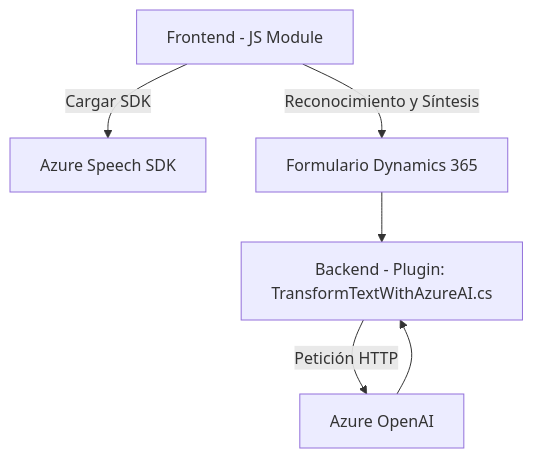
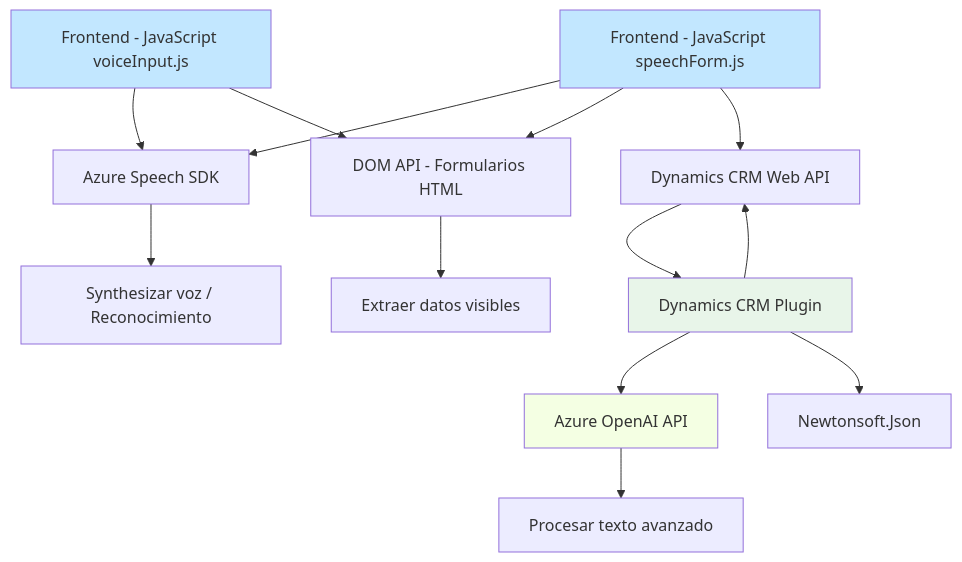
The diagram in README.md (blopezdm/NETCORE_BILBAO2025), drawn with Mermaid before and after one commit. The commit also changed other lines of this file, not shown here.

````diff
--- a/README.md
+++ b/README.md
@@ -35,8 +46,23 @@
 ```mermaid
 graph TD
-    A["Frontend - JS Module"] --> |Cargar SDK| B["Azure Speech SDK"]
-    A --> |Reconocimiento y Síntesis| C["Formulario Dynamics 365"]
-    C --> D["Backend - Plugin: TransformTextWithAzureAI.cs"]
-    D --> |Petición HTTP| E["Azure OpenAI"]
-    E --> D
+    A["Frontend - JavaScript voiceInput.js"] --> B["Azure Speech SDK"]
+    A --> C["DOM API - Formularios HTML"]
+    
+    D["Frontend - JavaScript speechForm.js"] --> B
+    D --> C
+    D --> E["Dynamics CRM Web API"]
+
+    F["Dynamics CRM Plugin"] --> E
+    F --> G["Azure OpenAI API"]
+    F --> H["Newtonsoft.Json"]
+    
+    B --> I["Synthesizar voz / Reconocimiento"]
+    C --> J["Extraer datos visibles"]
+    E --> F
+    G --> K["Procesar texto avanzado"]
+
+    style A fill:#c2e7ff
+    style D fill:#c2e7ff
+    style F fill:#e8f5e9
+    style G fill:#f4ffe3
 ```
````
